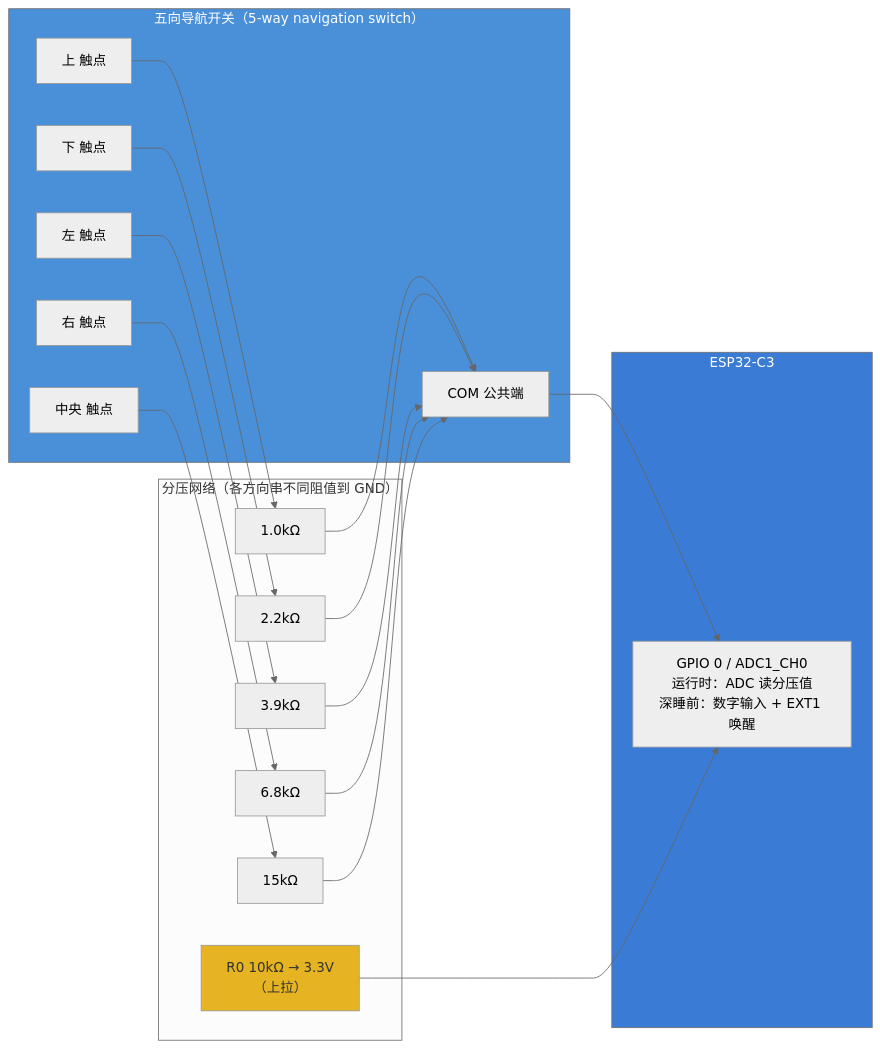
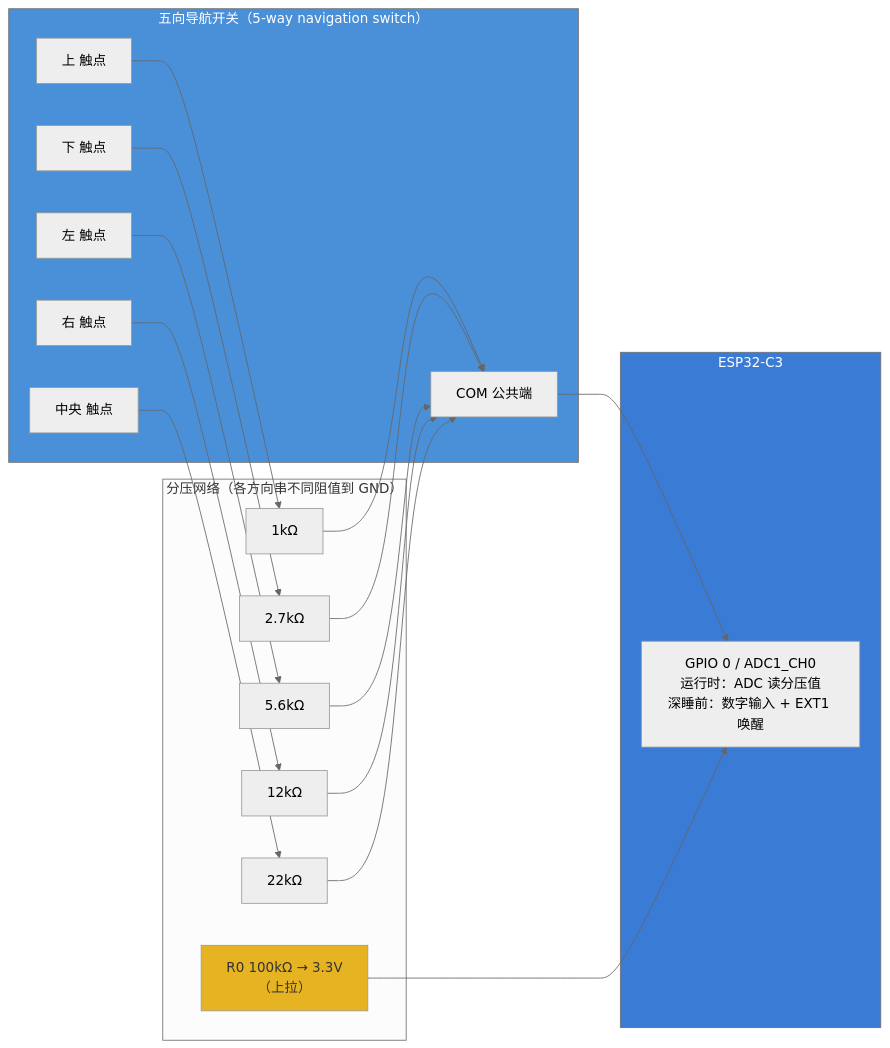
One commit to ji-or-ji/desk-ink changed the diagram in docs/desk-eink-info/encoder-arch.md. Above: the diagram before and after it, drawn with Mermaid (neutral theme). The commit also changed 4 other files, not shown here.

````diff
--- a/docs/desk-eink-info/encoder-arch.md
+++ b/docs/desk-eink-info/encoder-arch.md
@@ -7,44 +7,44 @@
 ```mermaid
 flowchart LR
     subgraph SW["五向导航开关（5-way navigation switch）"]
         COM["COM 公共端"]
         U["上 触点"]
         D["下 触点"]
         L["左 触点"]
         R["右 触点"]
         C["中央 触点"]
     end
 
     subgraph Resistor["分压网络（各方向串不同阻值到 GND）"]
-        RU["1.0kΩ"]
-        RD["2.2kΩ"]
-        RL["3.9kΩ"]
-        RR["6.8kΩ"]
-        RC["15kΩ"]
-        R0["R0 10kΩ → 3.3V
+        RU["1kΩ"]
+        RD["2.7kΩ"]
+        RL["5.6kΩ"]
+        RR["12kΩ"]
+        RC["22kΩ"]
+        R0["R0 100kΩ → 3.3V
 （上拉）"]
     end
 
     subgraph ESP32["ESP32-C3"]
         GPIO0_ADC["GPIO 0 / ADC1_CH0
 运行时：ADC 读分压值
 深睡前：数字输入 + EXT1 唤醒"]
     end
 
     U --> RU
     D --> RD
     L --> RL
     R --> RR
     C --> RC
     RU --> COM
     RD --> COM
     RL --> COM
     RR --> COM
     RC --> COM
     COM --> GPIO0_ADC
     R0 --> GPIO0_ADC
 
     style SW fill:#4a90d9,color:#fff
     style ESP32 fill:#3a7bd5,color:#fff
     style R0 fill:#e6b422,color:#333
 ```
````
